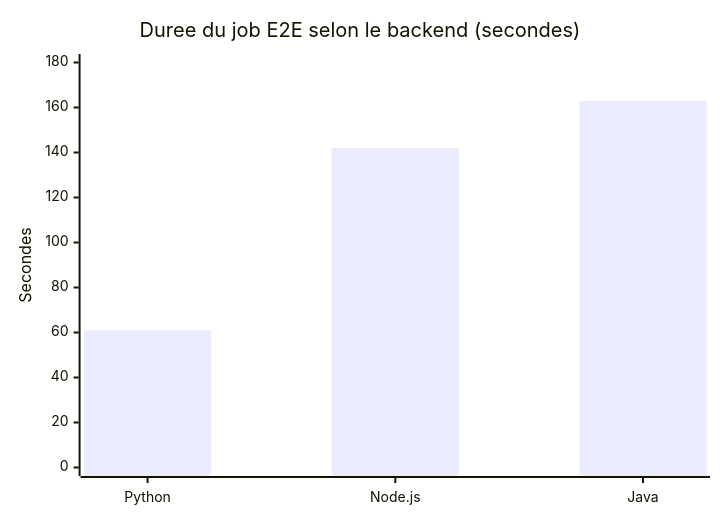
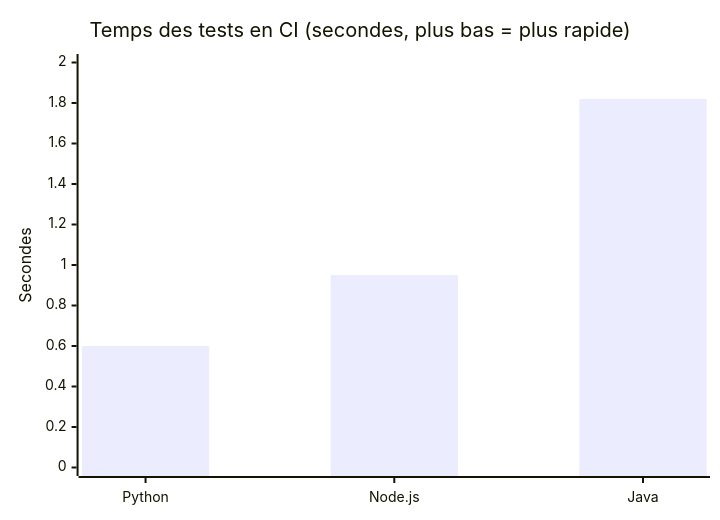
Before and after one commit to Buzz30Gotcho/calculatorapi-js: the fourth of 4 diagrams in README.md, drawn with Mermaid. The commit also changed other lines of this file, not shown here.

````diff
--- a/README.md
+++ b/README.md
@@ -270,7 +228,7 @@
 ```mermaid
 xychart-beta
-    title "Duree du job E2E selon le backend (secondes)"
+    title "Temps des tests en CI (secondes, plus bas = plus rapide)"
     x-axis ["Python", "Node.js", "Java"]
-    y-axis "Secondes" 0 --> 180
-    bar [61, 142, 163]
+    y-axis "Secondes" 0 --> 2
+    bar [0.60, 0.95, 1.82]
 ```
````
